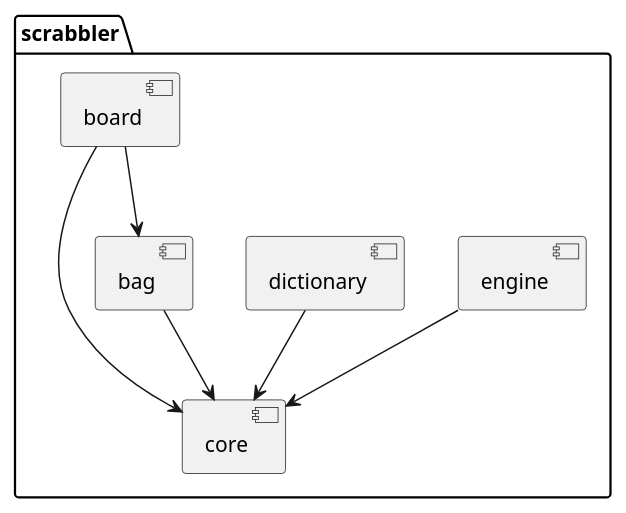
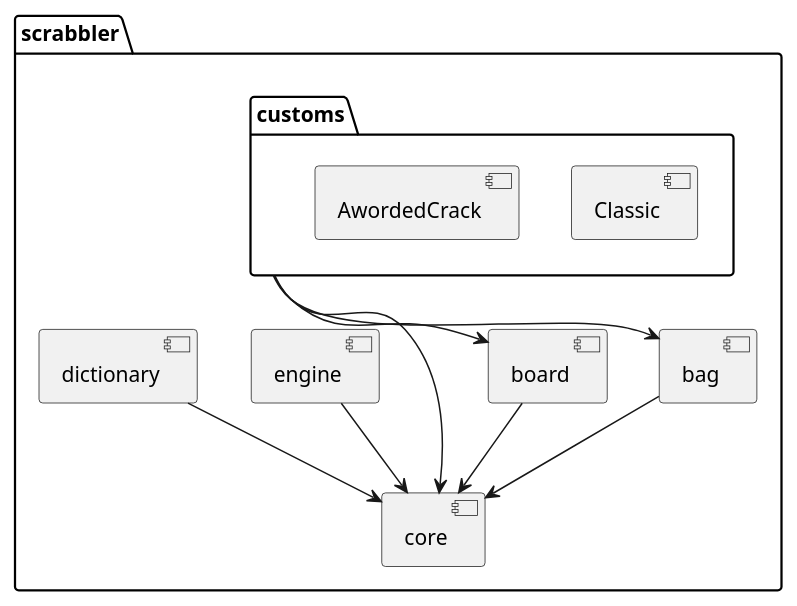
Before and after one commit to tizianolattisi/scrabbler: the diagram in docs/components.puml, drawn with PlantUML. The commit also changed 9 other files, not shown here.

```diff
--- a/docs/components.puml
+++ b/docs/components.puml
@@ -1,11 +1,19 @@
 @startuml
 
 package "scrabbler" {
 [engine] --> [core]
 [dictionary] --> [core]
 [core]
-[board] --> [bag]
 [board] --> [core]
 [bag] --> [core]
+[customs] --> [core]
+[customs] --> [board]
+[customs] --> [bag]
 }
+
+package "customs" {
+[Classic]
+[AwordedCrack]
+}
+
 @enduml
```
